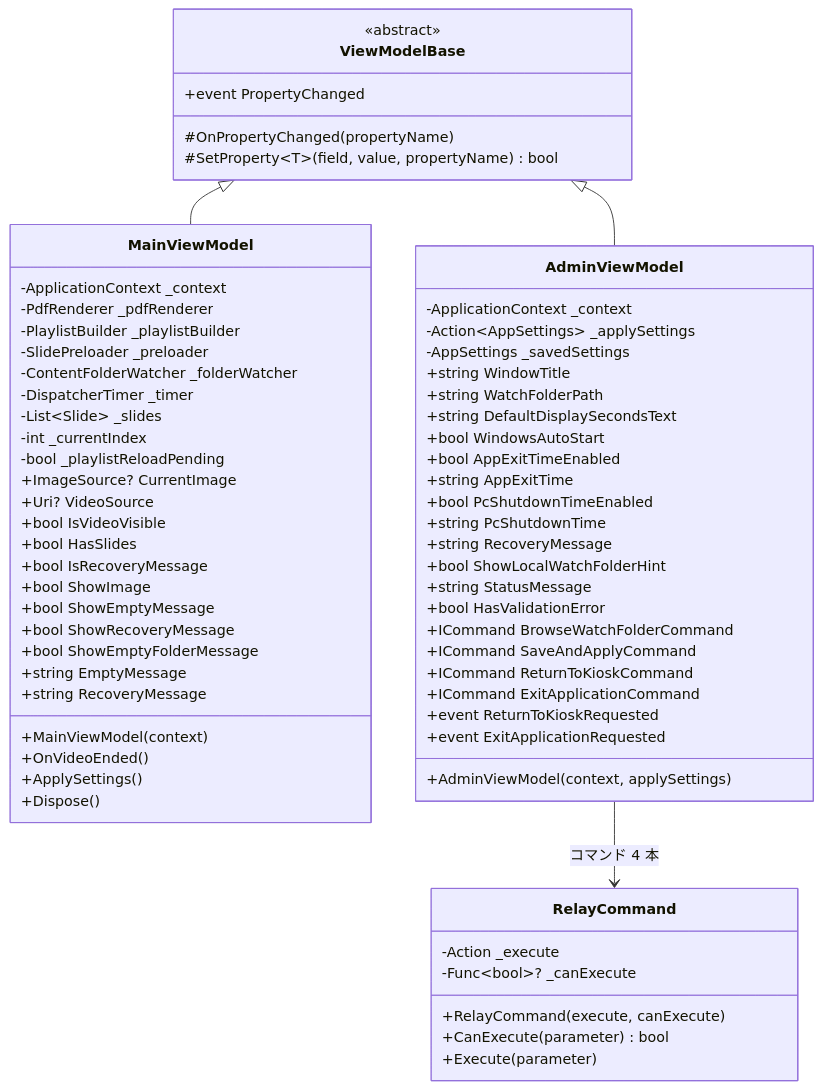
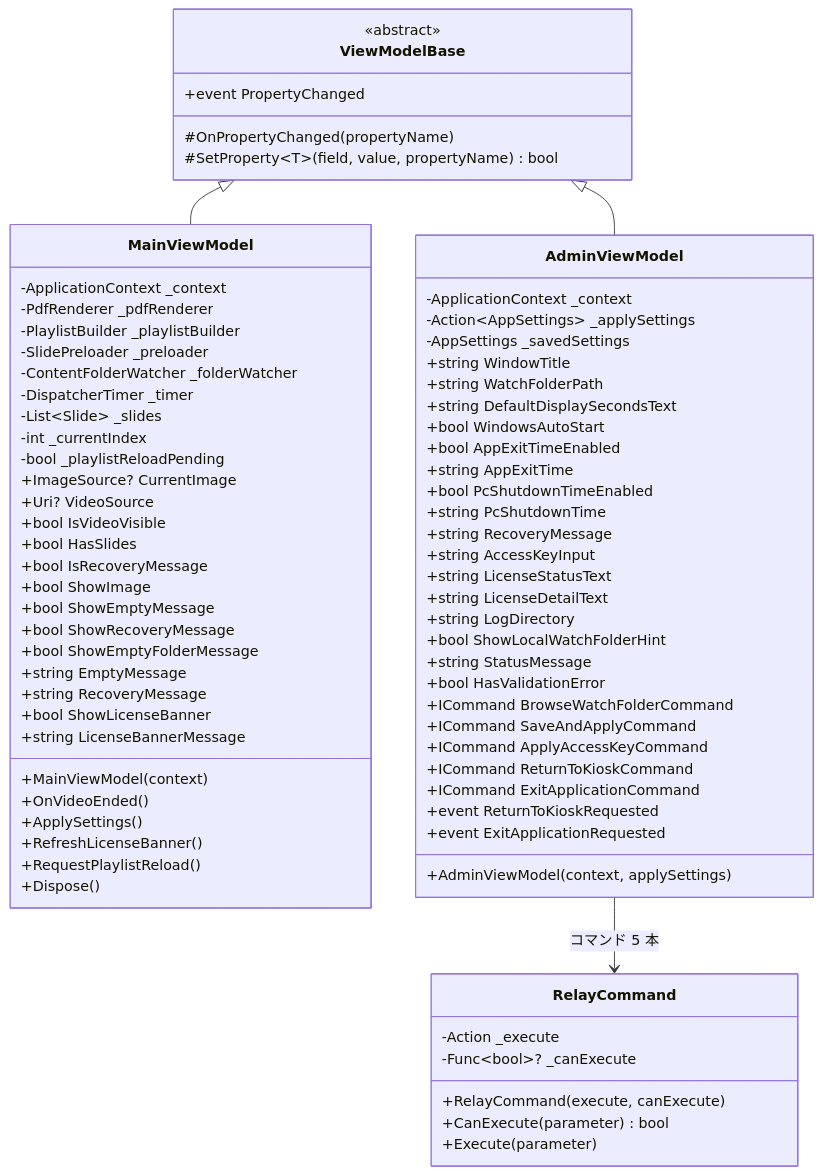
The fifth of 10 diagrams in docs/クラス設計図.md (kamanori3/SimpleDigitalSignage), drawn with Mermaid before and after one commit. The commit also changed other lines of this file and 9 other files, not shown here.

````diff
--- a/docs/クラス設計図.md
+++ b/docs/クラス設計図.md
@@ -233,73 +237,82 @@
 ```mermaid
 classDiagram
   class ViewModelBase {
     <<abstract>>
     +event PropertyChanged
     #OnPropertyChanged(propertyName)
     #SetProperty~T~(field, value, propertyName) bool
   }
 
   class RelayCommand {
     -Action _execute
     -Func~bool~? _canExecute
     +RelayCommand(execute, canExecute)
     +CanExecute(parameter) bool
     +Execute(parameter)
   }
 
   class MainViewModel {
     -ApplicationContext _context
     -PdfRenderer _pdfRenderer
     -PlaylistBuilder _playlistBuilder
     -SlidePreloader _preloader
     -ContentFolderWatcher _folderWatcher
     -DispatcherTimer _timer
     -List~Slide~ _slides
     -int _currentIndex
     -bool _playlistReloadPending
     +ImageSource? CurrentImage
     +Uri? VideoSource
     +bool IsVideoVisible
     +bool HasSlides
     +bool IsRecoveryMessage
     +bool ShowImage
     +bool ShowEmptyMessage
     +bool ShowRecoveryMessage
     +bool ShowEmptyFolderMessage
     +string EmptyMessage
     +string RecoveryMessage
+    +bool ShowLicenseBanner
+    +string LicenseBannerMessage
     +MainViewModel(context)
     +OnVideoEnded()
     +ApplySettings()
+    +RefreshLicenseBanner()
+    +RequestPlaylistReload()
     +Dispose()
   }
 
   class AdminViewModel {
     -ApplicationContext _context
     -Action~AppSettings~ _applySettings
     -AppSettings _savedSettings
     +string WindowTitle
     +string WatchFolderPath
     +string DefaultDisplaySecondsText
     +bool WindowsAutoStart
     +bool AppExitTimeEnabled
     +string AppExitTime
     +bool PcShutdownTimeEnabled
     +string PcShutdownTime
     +string RecoveryMessage
+    +string AccessKeyInput
+    +string LicenseStatusText
+    +string LicenseDetailText
+    +string LogDirectory
     +bool ShowLocalWatchFolderHint
     +string StatusMessage
     +bool HasValidationError
     +ICommand BrowseWatchFolderCommand
     +ICommand SaveAndApplyCommand
+    +ICommand ApplyAccessKeyCommand
     +ICommand ReturnToKioskCommand
     +ICommand ExitApplicationCommand
     +event ReturnToKioskRequested
     +event ExitApplicationRequested
     +AdminViewModel(context, applySettings)
   }
 
   ViewModelBase <|-- MainViewModel
   ViewModelBase <|-- AdminViewModel
-  AdminViewModel --> RelayCommand : コマンド 4 本
+  AdminViewModel --> RelayCommand : コマンド 5 本
 ```
````
